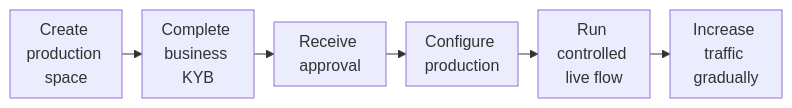
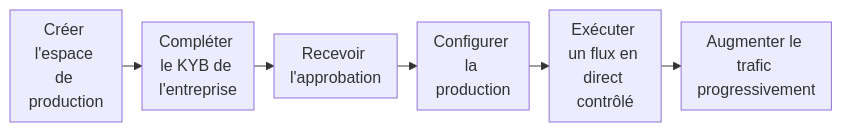
Before and after one commit to swipelux/public-docs: the diagram in fr/integration/go-live.mdx, drawn with Mermaid. The commit also changed 285 other files, not shown here.

````diff
--- a/fr/integration/go-live.mdx
+++ b/fr/integration/go-live.mdx
@@ -8,9 +8,9 @@
 ```mermaid
 %%{init: {"flowchart": {"rankSpacing": 20, "nodeSpacing": 16, "wrappingWidth": 80, "padding": 8}}}%%
 flowchart LR
-  A["Create production space"] --> B["Complete business KYB"]
-  B --> C["Receive approval"]
-  C --> D["Configure production"]
-  D --> E["Run controlled live flow"]
-  E --> F["Increase traffic gradually"]
+  A["Créer l'espace de production"] --> B["Compléter le KYB de l'entreprise"]
+  B --> C["Recevoir l'approbation"]
+  C --> D["Configurer la production"]
+  D --> E["Exécuter un flux en direct contrôlé"]
+  E --> F["Augmenter le trafic progressivement"]
 ```
````
